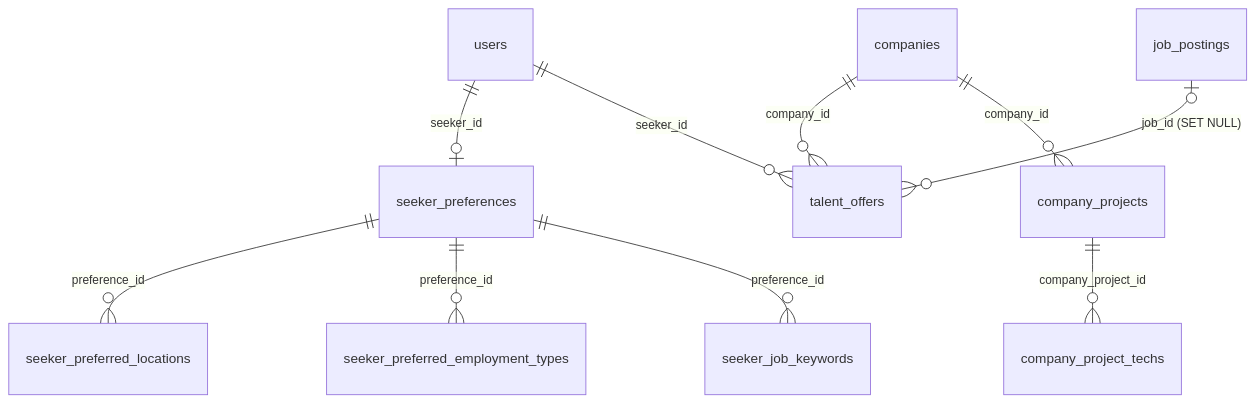
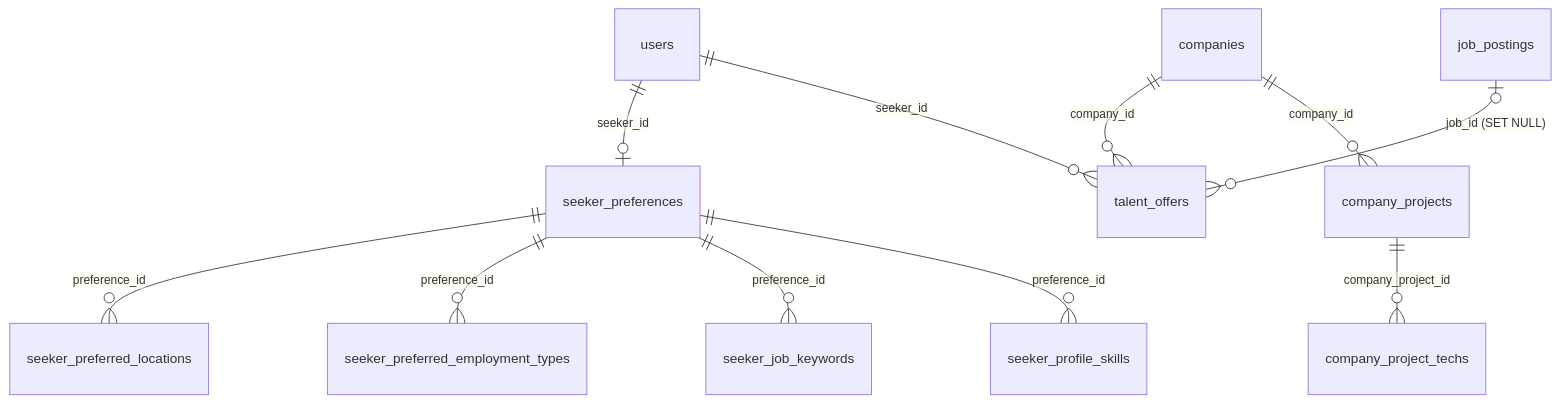
Before and after one commit to unhodrgn/CareerSync: the third of 3 diagrams in PROJECT_DOCUMENTATION.md, drawn with Mermaid. The commit also changed other lines of this file and 10 other files, not shown here.

````diff
--- a/PROJECT_DOCUMENTATION.md
+++ b/PROJECT_DOCUMENTATION.md
@@ -189,12 +195,13 @@
 ```mermaid
 erDiagram
     users ||--o| seeker_preferences : seeker_id
     seeker_preferences ||--o{ seeker_preferred_locations : preference_id
     seeker_preferences ||--o{ seeker_preferred_employment_types : preference_id
     seeker_preferences ||--o{ seeker_job_keywords : preference_id
+    seeker_preferences ||--o{ seeker_profile_skills : preference_id
     companies ||--o{ talent_offers : company_id
     users ||--o{ talent_offers : seeker_id
     job_postings |o--o{ talent_offers : "job_id (SET NULL)"
     companies ||--o{ company_projects : company_id
     company_projects ||--o{ company_project_techs : company_project_id
 ```
````
